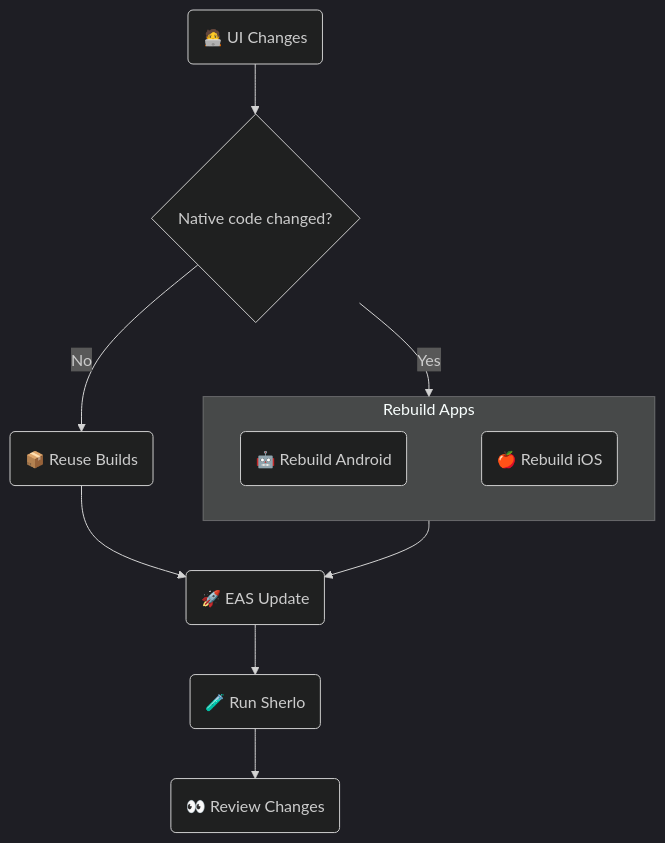
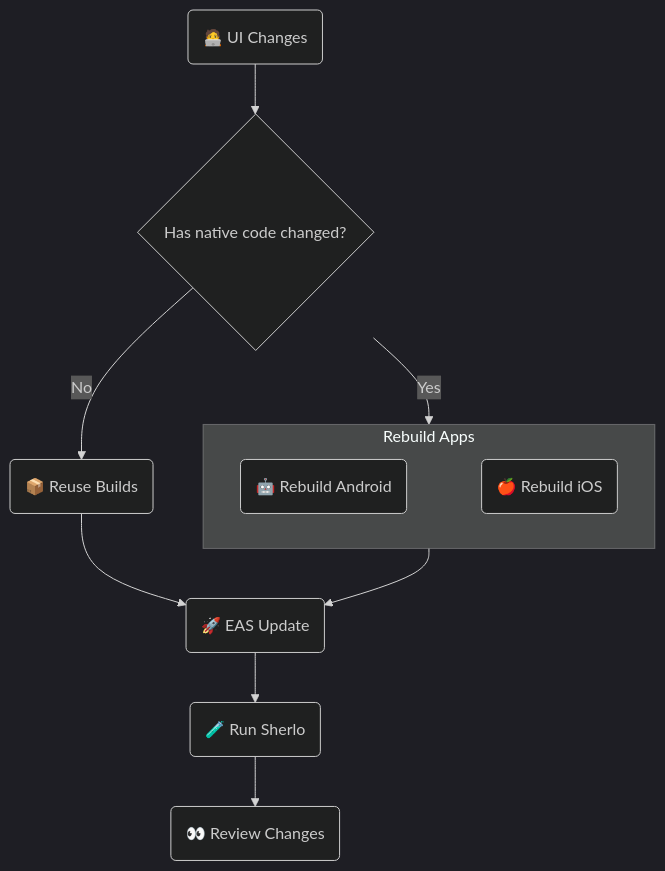
Before and after one commit to sherlo-io/sherlo: the diagram in examples/eas-update/README.md, drawn with Mermaid (dark theme).

Commit message:
no message

````diff
--- a/examples/eas-update/README.md
+++ b/examples/eas-update/README.md
@@ -13,23 +13,23 @@
 ```mermaid
 flowchart TB
    UI(🧑‍💻 UI Changes)
-   Check{Native code changed?}
+   Check{Has native code changed?}
    Reuse(📦 Reuse Builds)
    Update(🚀 EAS Update)
    Sherlo(🧪 Run Sherlo)
    Review(👀 Review Changes)
 
    subgraph Rebuild[Rebuild Apps]
       direction LR
       Android(🤖 Rebuild Android)
       iOS(🍎 Rebuild iOS)
       Android ~~~ iOS
    end
 
    UI --> Check
    Check -->|No| Reuse
    Check -->|Yes| Rebuild
    Reuse & Rebuild --> Update
    Update --> Sherlo
    Sherlo --> Review
 ```
````
